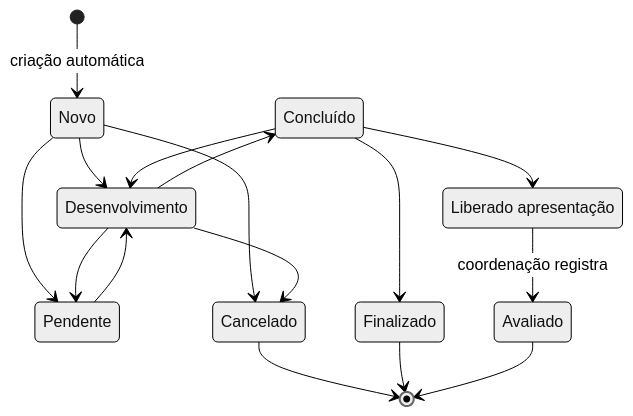
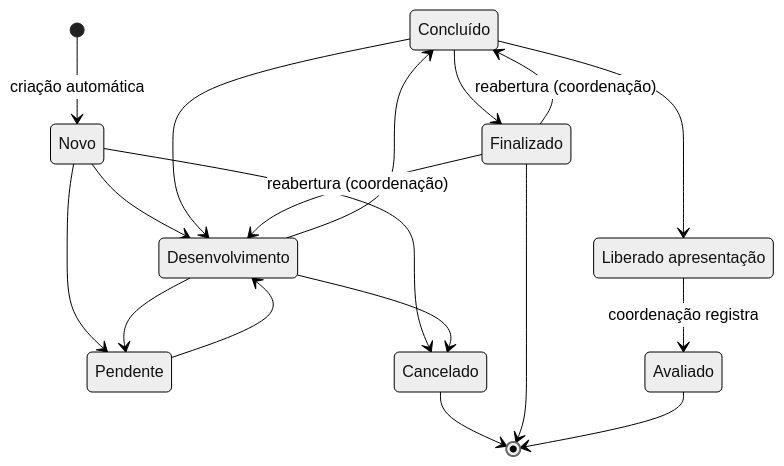
One commit to HevertonMarques/desweb_rep changed the diagram in documentos/estados/diagrama-estados.mmd. Above: the diagram before and after it, drawn with Mermaid (neutral theme). The commit also changed 2 other files, not shown here.

```diff
--- a/documentos/estados/diagrama-estados.mmd
+++ b/documentos/estados/diagrama-estados.mmd
@@ -1,19 +1,21 @@
 stateDiagram-v2
   direction TB
   state "Concluído" as Concluido
   state "Liberado apresentação" as Liberado
   [*] --> Novo : criação automática
   Novo --> Pendente
   Novo --> Desenvolvimento
   Novo --> Cancelado
   Pendente --> Desenvolvimento
   Desenvolvimento --> Pendente
   Desenvolvimento --> Cancelado
   Desenvolvimento --> Concluido
   Concluido --> Desenvolvimento
   Concluido --> Finalizado
   Concluido --> Liberado
   Liberado --> Avaliado : coordenação registra
   Cancelado --> [*]
+  Finalizado --> Concluido : reabertura (coordenação)
+  Finalizado --> Desenvolvimento : reabertura (coordenação)
   Finalizado --> [*]
   Avaliado --> [*]
```
